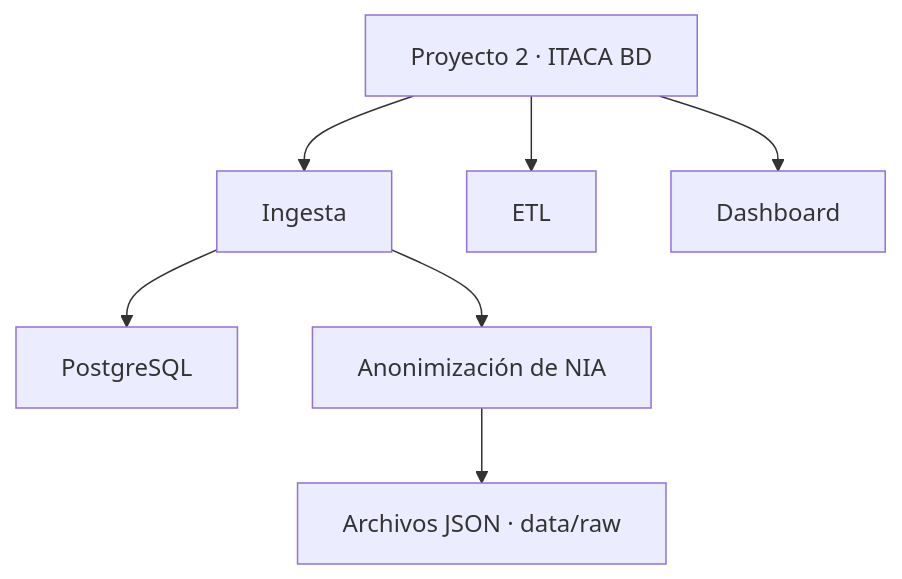
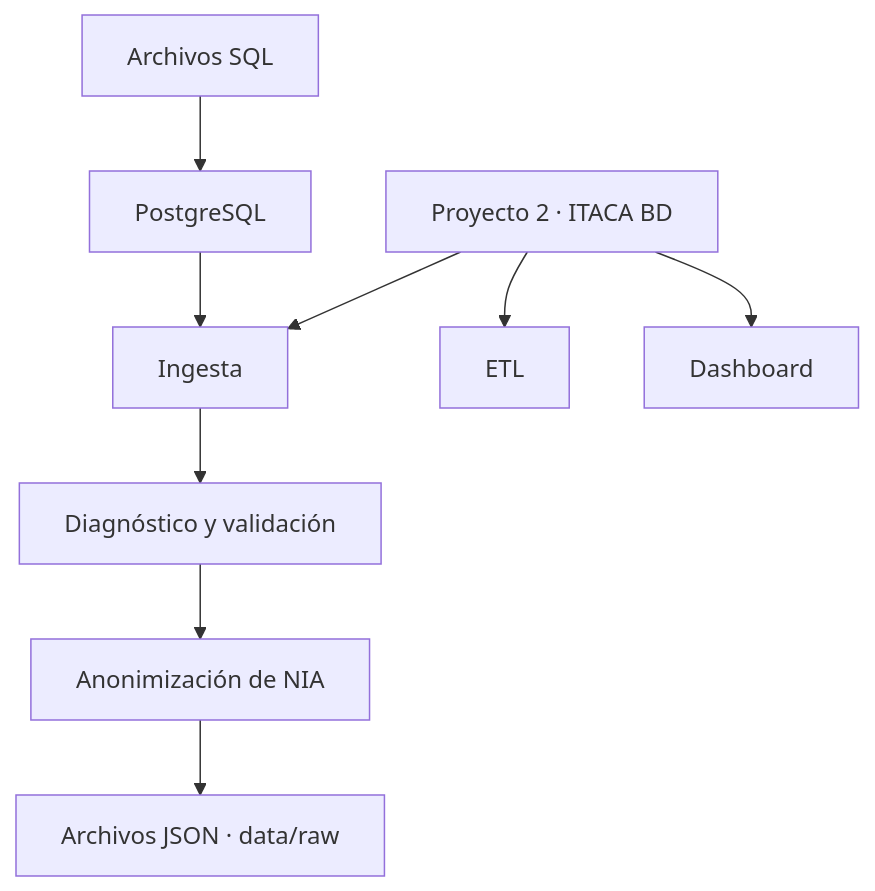
One commit to AndreuAlfonsoIABD/bigdata-p2-itaca-bd changed the diagram in README.md. Above: the diagram before and after it, drawn with Mermaid. The commit also changed other lines of this file and 3 other files, not shown here.

````diff
--- a/README.md
+++ b/README.md
@@ -11,11 +13,13 @@
 ```mermaid
 flowchart TD
     A[Proyecto 2 · ITACA BD]
     A --> B[Ingesta]
     A --> C[ETL]
     A --> D[Dashboard]
 
-    B --> E[PostgreSQL]
-    B --> F[Anonimización de NIA]
-    F --> G[Archivos JSON · data/raw]
+    E[Archivos SQL] --> F[PostgreSQL]
+    F --> B
+    B --> G[Diagnóstico y validación]
+    G --> H[Anonimización de NIA]
+    H --> I[Archivos JSON · data/raw]
 ```
````
